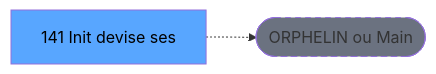
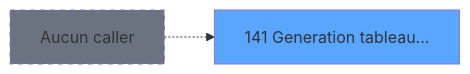
One commit to thonyAGP/magic-migration changed the second of 3 diagrams in .openspec/specs/ADH-IDE-141.md. Above: the diagram before and after it, drawn with Mermaid. The commit also changed other lines of this file and 311 other files, not shown here.

````diff
--- a/.openspec/specs/ADH-IDE-141.md
+++ b/.openspec/specs/ADH-IDE-141.md
@@ -125,8 +288,8 @@
 ```mermaid
 graph LR
-    T[141 Init devise ses]
-    ORPHAN([ORPHELIN ou Main])
-    T -.-> ORPHAN
-    style T fill:#58a6ff,color:#000
-    style ORPHAN fill:#6b7280,stroke-dasharray: 5 5
+    T141[141 Generation tableau...]
+    style T141 fill:#58a6ff
+    NONE[Aucun caller]
+    NONE -.-> T141
+    style NONE fill:#6b7280,stroke-dasharray: 5 5
 ```
````
